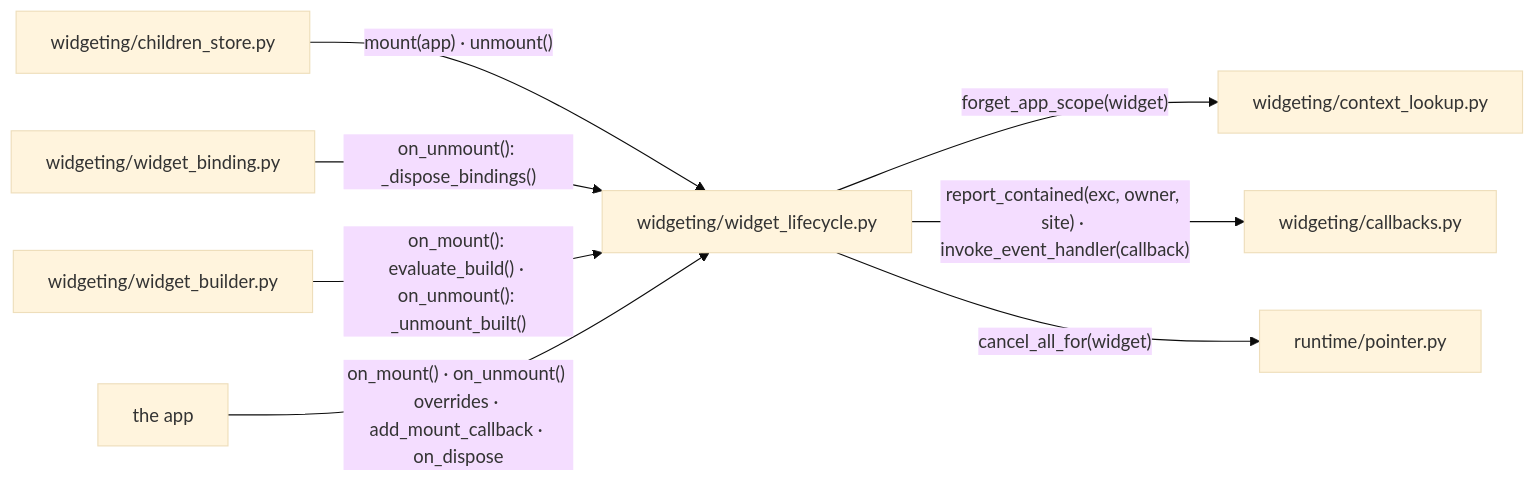
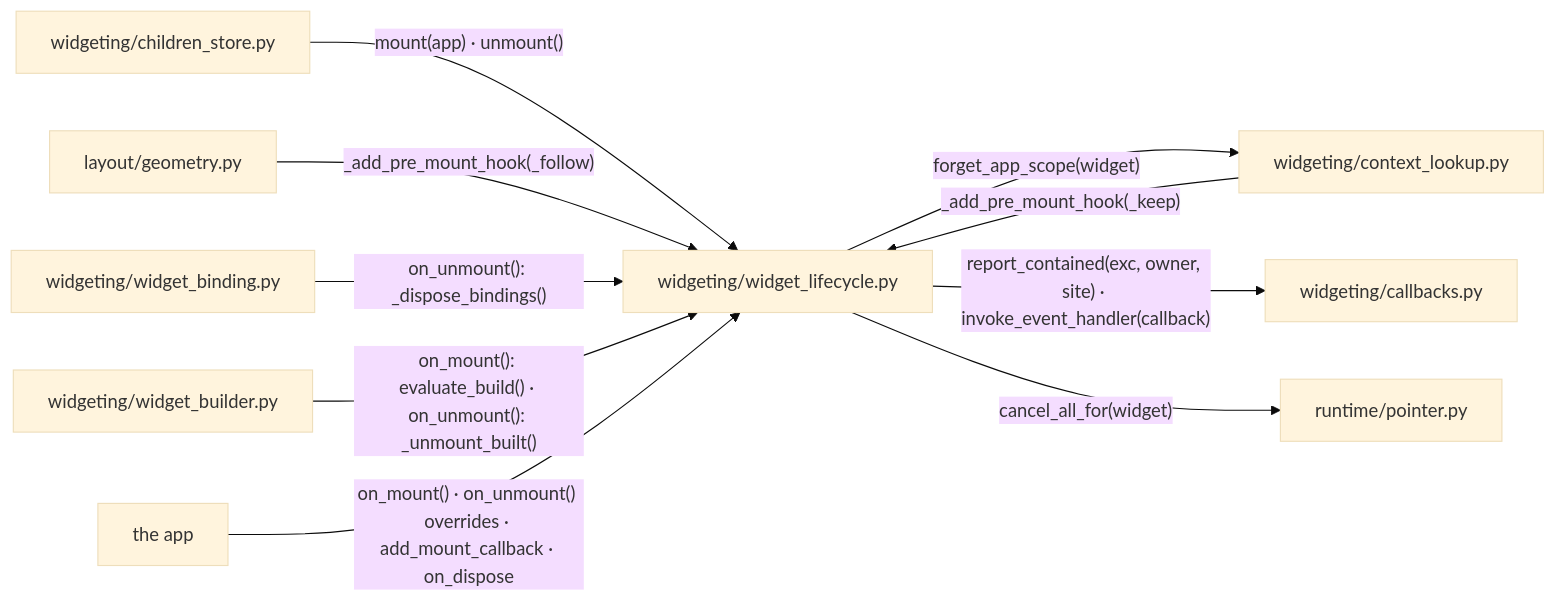
The second of 9 diagrams in docs/design/WIDGET_ARCHITECTURE.md (yuksblog/nuiitivet), drawn with Mermaid (base theme) before and after one commit. The commit also changed other lines of this file and 41 other files, not shown here.

````diff
--- a/docs/design/WIDGET_ARCHITECTURE.md
+++ b/docs/design/WIDGET_ARCHITECTURE.md
@@ -57,19 +57,22 @@
 ```mermaid
 flowchart LR
     lifecycle[widgeting/widget_lifecycle.py]
     lookup[widgeting/context_lookup.py]
+    geometry[layout/geometry.py]
     callbacks[widgeting/callbacks.py]
     binding[widgeting/widget_binding.py]
     builder[widgeting/widget_builder.py]
     store[widgeting/children_store.py]
     pointer[runtime/pointer.py]
     app[the app]
 
     store -- "mount(app) · unmount()" --> lifecycle
     lifecycle -- "forget_app_scope(widget)" --> lookup
+    lookup -- "_add_pre_mount_hook(_keep)" --> lifecycle
+    geometry -- "_add_pre_mount_hook(_follow)" --> lifecycle
     lifecycle -- "report_contained(exc, owner, site) · invoke_event_handler(callback)" --> callbacks
     binding -- "on_unmount(): _dispose_bindings()" --> lifecycle
     builder -- "on_mount(): evaluate_build() · on_unmount(): _unmount_built()" --> lifecycle
     lifecycle -- "cancel_all_for(widget)" --> pointer
     app -- "on_mount() · on_unmount() overrides · add_mount_callback · on_dispose" --> lifecycle
 ```
````
